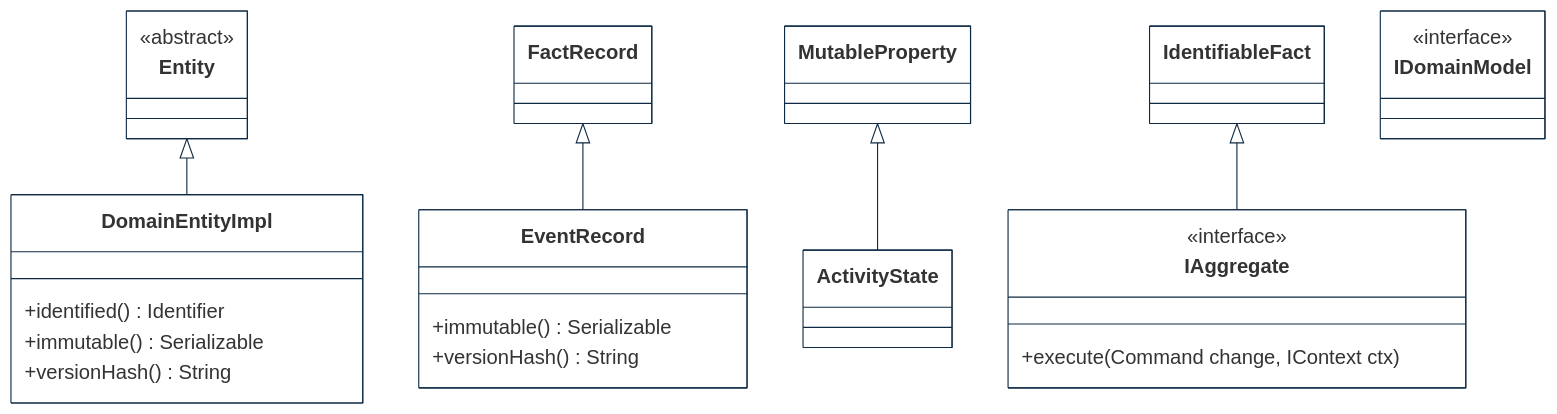
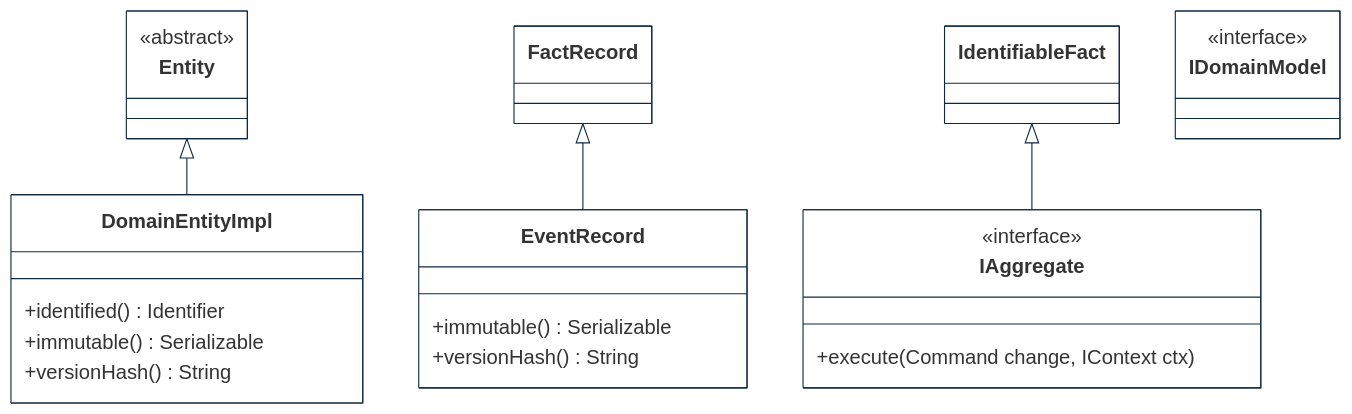
One commit to cybnity/foundation changed the second of 7 diagrams in implementations-line/framework/domain/designview-packages.md. Above: the diagram before and after it, drawn with Mermaid. The commit also changed other lines of this file, not shown here.

````diff
--- a/implementations-line/framework/domain/designview-packages.md
+++ b/implementations-line/framework/domain/designview-packages.md
@@ -60,45 +60,44 @@
 ```mermaid
 %%{
   init: {
     'theme': 'base',
     'themeVariables': {
         'background': '#ffffff',
         'fontFamily': 'arial',
         'fontSize': '18px',
         'primaryColor': '#fff',
         'primaryBorderColor': '#0e2a43',
         'secondaryBorderColor': '#0e2a43',
         'tertiaryBorderColor': '#0e2a43',
         'edgeLabelBackground':'#0e2a43',
         'lineColor': '#0e2a43',
         'tertiaryColor': '#fff'
     }
   }
 }%%
 classDiagram
     Entity <|-- DomainEntityImpl
     FactRecord <|-- EventRecord
-    MutableProperty <|-- ActivityState
     IdentifiableFact <|-- IAggregate
 
     class IAggregate {
         <<interface>>
         +execute(Command change, IContext ctx)
     }
     class Entity {
         <<abstract>>
     }
     class DomainEntityImpl {
         +identified() Identifier
         +immutable() Serializable
         +versionHash() String
     }
     class EventRecord {
         +immutable() Serializable
         +versionHash() String
     }
     class IDomainModel {
         <<interface>>
     }
 
 ```
````
